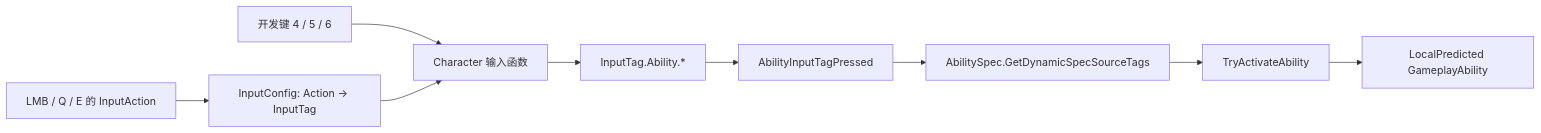
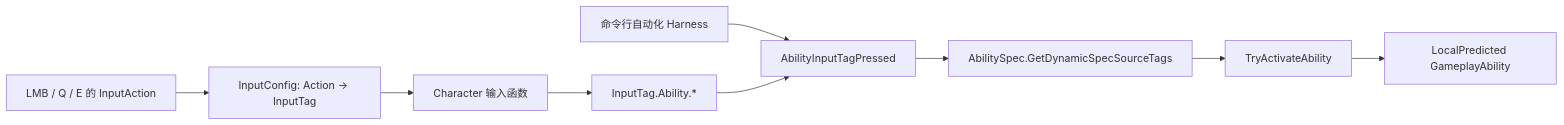
The third of 4 diagrams in Docs/GAS_Architecture_Interview_Guide.md (Asvalith/multiplayer), drawn with Mermaid before and after one commit. The commit also changed other lines of this file and 19 other files, not shown here.

Commit message:
Refactor GAS runtime architecture

````diff
--- a/Docs/GAS_Architecture_Interview_Guide.md
+++ b/Docs/GAS_Architecture_Interview_Guide.md
@@ -344,11 +367,11 @@
 ```mermaid
 flowchart LR
     Key["LMB / Q / E 的 InputAction"] --> Config["InputConfig: Action -> InputTag"]
-    Debug["开发键 4 / 5 / 6"] --> Character
     Config --> Character["Character 输入函数"]
+    Harness["命令行自动化 Harness"] --> ASC
     Character --> Tag["InputTag.Ability.*"]
     Tag --> ASC["AbilityInputTagPressed"]
     ASC --> Spec["AbilitySpec.GetDynamicSpecSourceTags"]
     Spec --> Activate["TryActivateAbility"]
     Activate --> GA["LocalPredicted GameplayAbility"]
 ```
````
